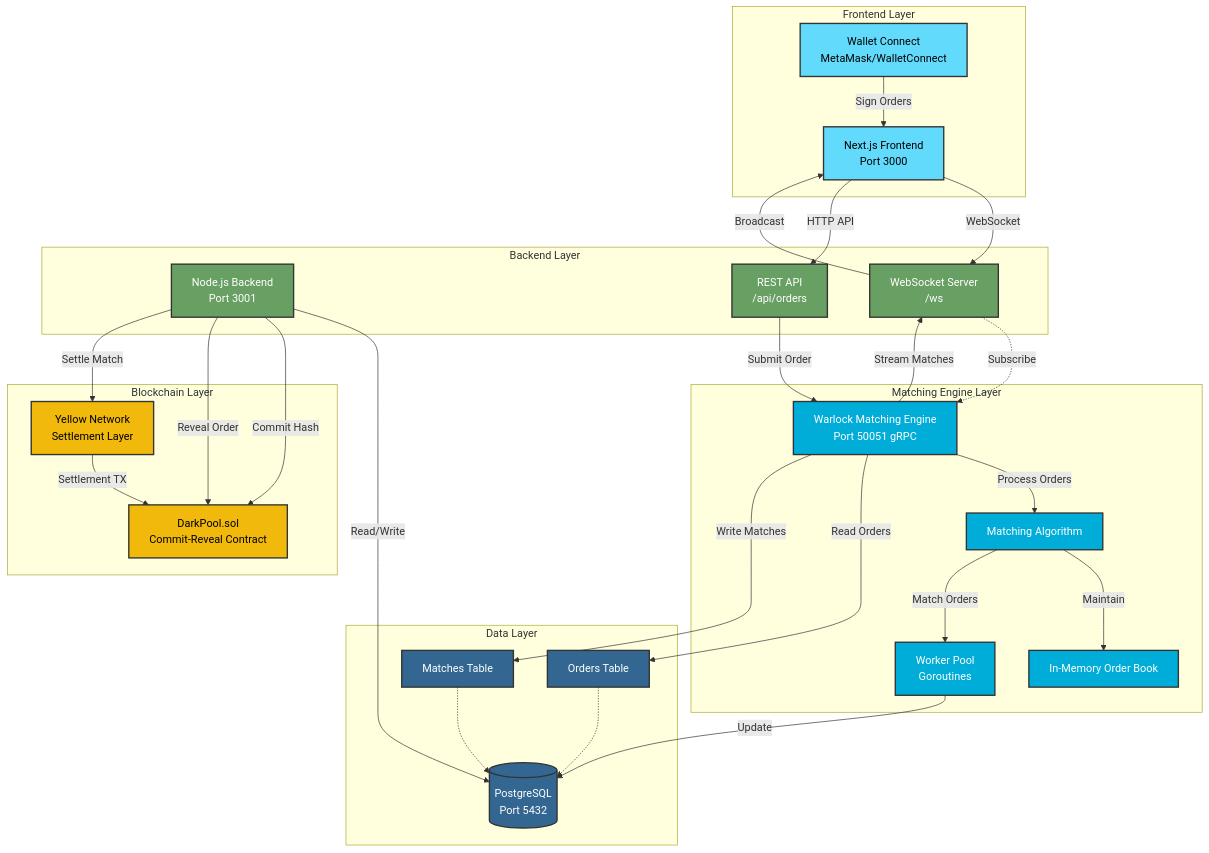
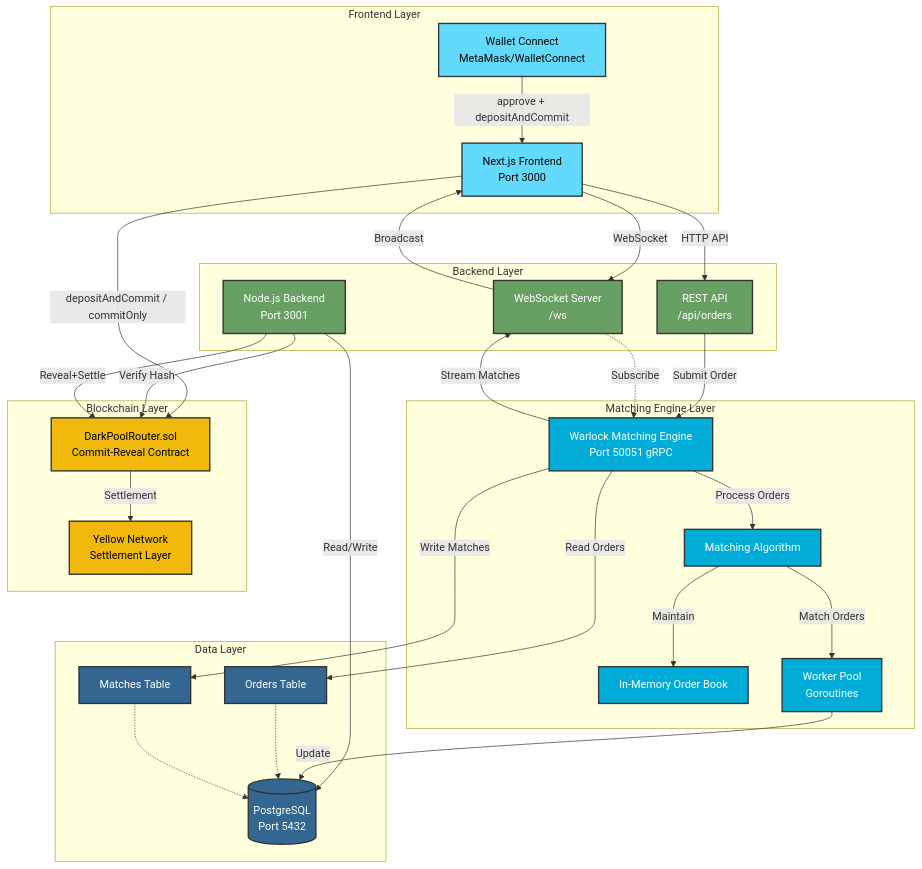
One commit to 0xjackson/Dark-Pool changed the first of 4 diagrams in architecture.MD. Above: the diagram before and after it, drawn with Mermaid. The commit also changed other lines of this file, not shown here.

Commit message:
Update architecture.MD diagrams for signature removal

````diff
--- a/architecture.MD
+++ b/architecture.MD
@@ -14,76 +14,76 @@
 ```mermaid
 graph TB
     subgraph "Frontend Layer"
         FE[Next.js Frontend<br/>Port 3000]
         Wallet[Wallet Connect<br/>MetaMask/WalletConnect]
     end
 
     subgraph "Backend Layer"
         BE[Node.js Backend<br/>Port 3001]
         WS[WebSocket Server<br/>/ws]
         API[REST API<br/>/api/orders]
     end
 
     subgraph "Matching Engine Layer"
         Warlock[Warlock Matching Engine<br/>Port 50051 gRPC]
         Engine[Matching Algorithm]
         OrderBook[In-Memory Order Book]
         Workers[Worker Pool<br/>Goroutines]
     end
 
     subgraph "Data Layer"
         DB[(PostgreSQL<br/>Port 5432)]
         OrdersTable[Orders Table]
         MatchesTable[Matches Table]
     end
 
     subgraph "Blockchain Layer"
-        Contract[DarkPool.sol<br/>Commit-Reveal Contract]
+        Contract[DarkPoolRouter.sol<br/>Commit-Reveal Contract]
         Yellow[Yellow Network<br/>Settlement Layer]
     end
 
     %% User interactions
-    Wallet -->|Sign Orders| FE
+    Wallet -->|approve + depositAndCommit| FE
+    FE -->|depositAndCommit / commitOnly| Contract
     FE -->|WebSocket| WS
     FE -->|HTTP API| API
 
     %% Backend connections
     API -->|Submit Order| Warlock
     WS -.->|Subscribe| Warlock
     BE -->|Read/Write| DB
 
     %% Warlock internal
     Warlock -->|Process Orders| Engine
     Engine -->|Maintain| OrderBook
     Engine -->|Match Orders| Workers
     Workers -->|Update| DB
 
     %% Data flow
     Warlock -->|Read Orders| OrdersTable
     Warlock -->|Write Matches| MatchesTable
     OrdersTable -.-> DB
     MatchesTable -.-> DB
 
     %% Match notifications
     Warlock -->|Stream Matches| WS
     WS -->|Broadcast| FE
 
     %% Blockchain interactions
-    BE -->|Commit Hash| Contract
-    BE -->|Reveal Order| Contract
-    BE -->|Settle Match| Yellow
-    Yellow -->|Settlement TX| Contract
+    BE -->|Verify Hash| Contract
+    BE -->|Reveal+Settle| Contract
+    Contract -->|Settlement| Yellow
 
     %% Styling
     classDef frontend fill:#61dafb,stroke:#333,stroke-width:2px,color:#000
     classDef backend fill:#68a063,stroke:#333,stroke-width:2px,color:#fff
     classDef warlock fill:#00add8,stroke:#333,stroke-width:2px,color:#fff
     classDef database fill:#336791,stroke:#333,stroke-width:2px,color:#fff
     classDef blockchain fill:#f0b90b,stroke:#333,stroke-width:2px,color:#000
 
     class FE,Wallet frontend
     class BE,WS,API backend
     class Warlock,Engine,OrderBook,Workers warlock
     class DB,OrdersTable,MatchesTable database
     class Contract,Yellow blockchain
 ```
````
